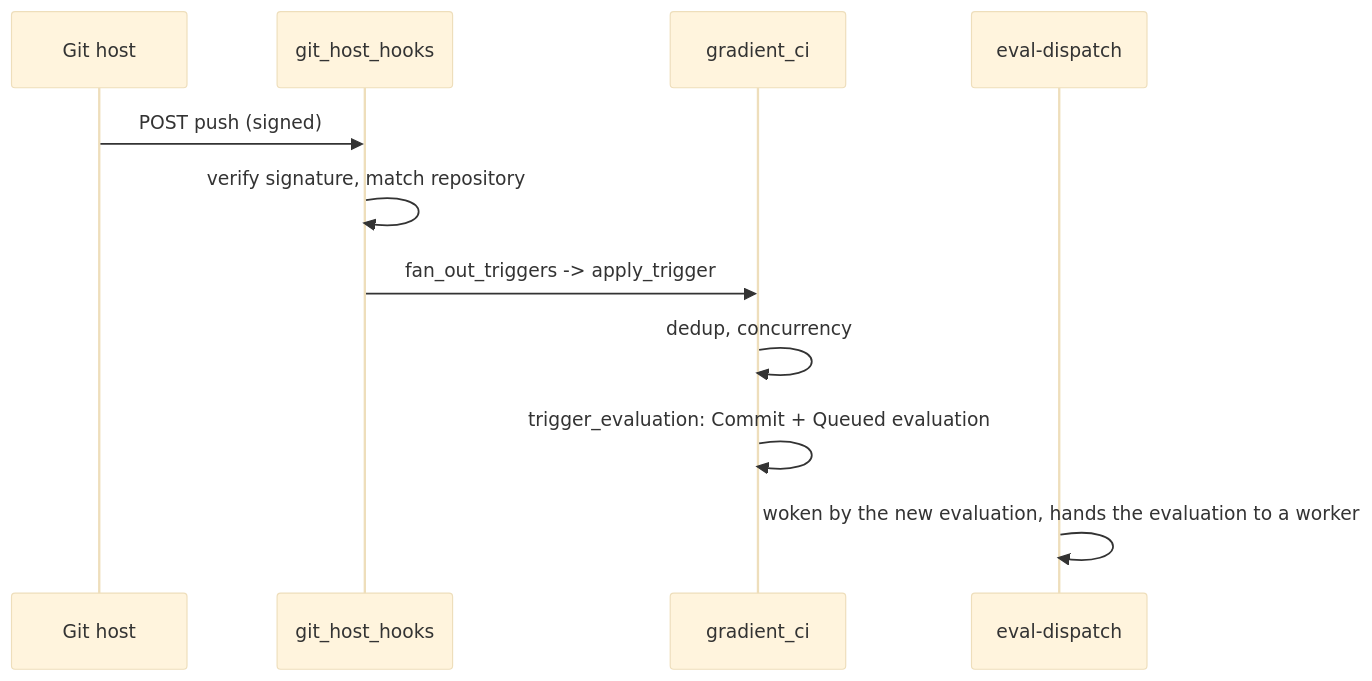
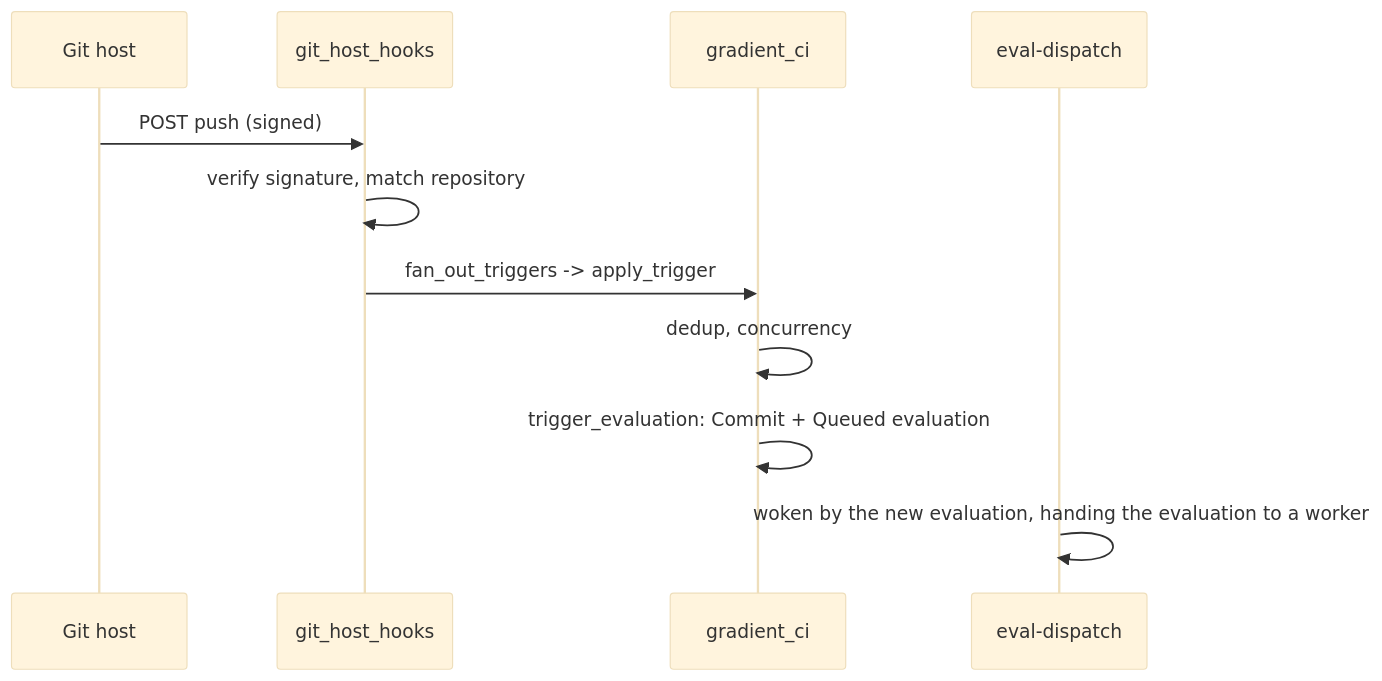
Before and after one commit to wavelens/gradient: the diagram in docs/src/contributors/internals/git-host-webhooks.md, drawn with Mermaid (base theme). The commit also changed other lines of this file and 70 other files, not shown here.

````diff
--- a/docs/src/contributors/internals/git-host-webhooks.md
+++ b/docs/src/contributors/internals/git-host-webhooks.md
@@ -5,13 +5,13 @@
 ```mermaid
 sequenceDiagram
     participant F as Git host
     participant H as git_host_hooks
     participant C as gradient_ci
     participant S as eval-dispatch
     F->>H: POST push (signed)
     H->>H: verify signature, match repository
     H->>C: fan_out_triggers -> apply_trigger
     C->>C: dedup, concurrency
     C->>C: trigger_evaluation: Commit + Queued evaluation
-    S->>S: woken by the new evaluation, hands the evaluation to a worker
+    S->>S: woken by the new evaluation, handing the evaluation to a worker
 ```
````
